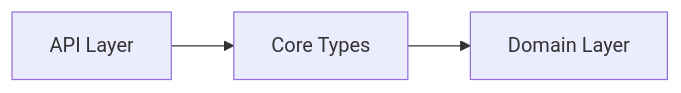
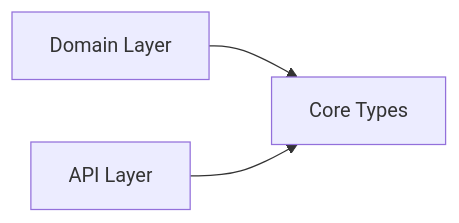
Before and after one commit to AtomiCloud/sulfone.helium: the diagram in docs/developer/modules/01-core-types.md, drawn with Mermaid. The commit also changed other lines of this file, not shown here.

First line of the commit message:
docs: fix dependency section in core-types module

````diff
--- a/docs/developer/modules/01-core-types.md
+++ b/docs/developer/modules/01-core-types.md
@@ -60,5 +62,5 @@
 ```mermaid
 flowchart LR
-    A[Core Types] --> B[Domain Layer]
+    B[Domain Layer] --> A[Core Types]
     C[API Layer] --> A
 ```
````
